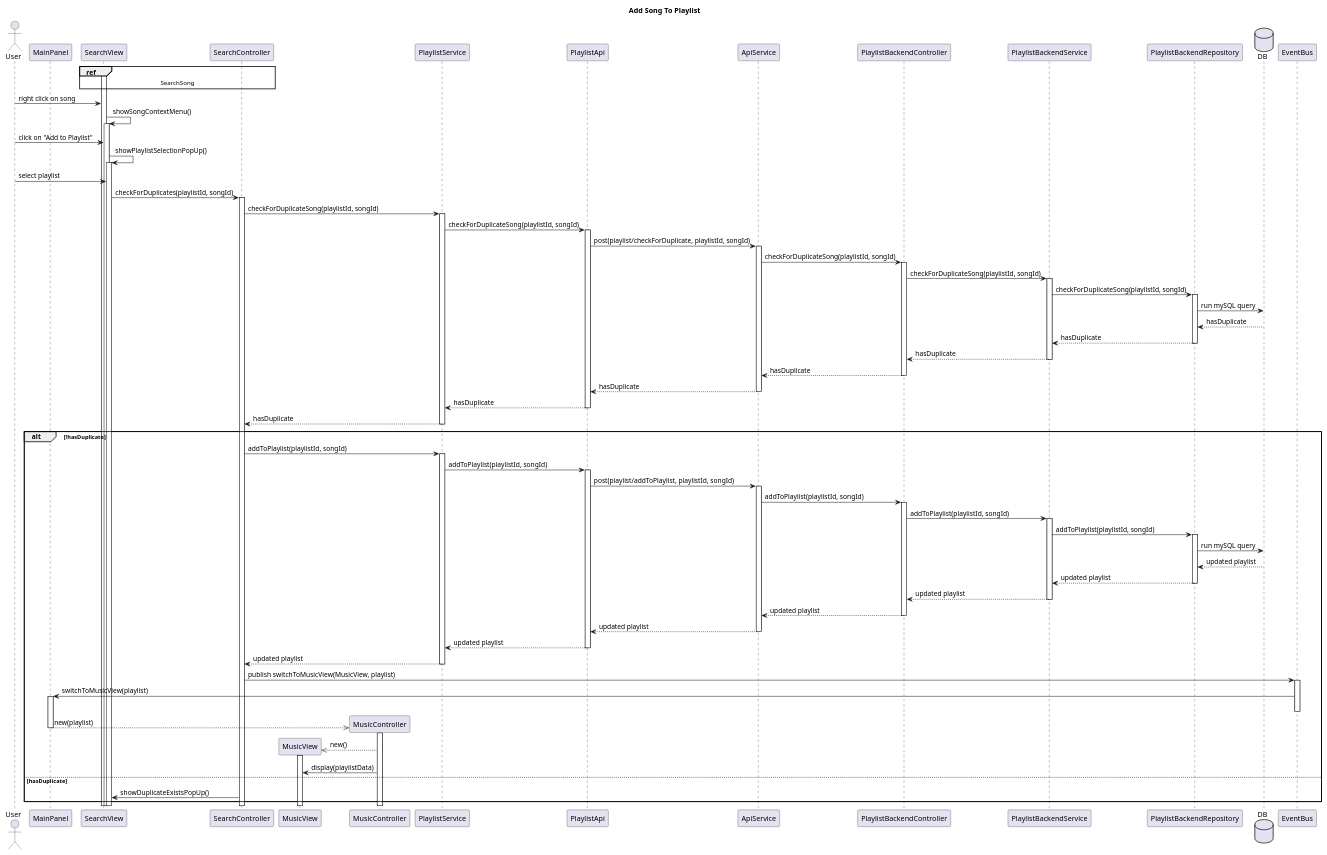
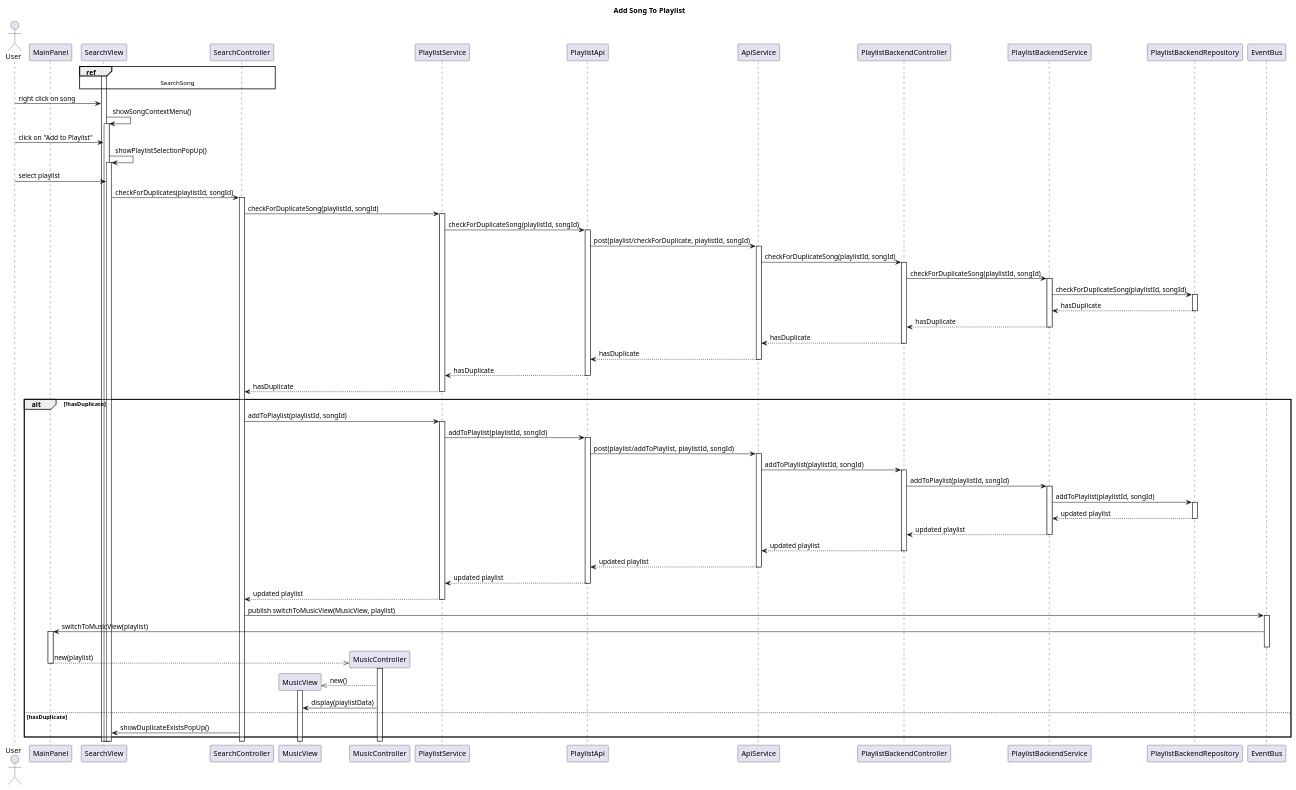
Before and after one commit to RubenKingCP/Tunix: the diagram in Paradoteo_4/SequenceDiagrams-v0.3/AddSongToPlaylist.puml, drawn with PlantUML. The commit also changed 39 other files, not shown here.

Commit message:
Updates to Sequence Diagrams-v0.3

```diff
--- a/Paradoteo_4/SequenceDiagrams-v0.3/AddSongToPlaylist.puml
+++ b/Paradoteo_4/SequenceDiagrams-v0.3/AddSongToPlaylist.puml
@@ -1,109 +1,104 @@
 @startuml AddSongToPlaylist
 
 title Add Song To Playlist
 
 actor User
 
 participant MainPanel
 participant SearchView
 participant SearchController
 participant MusicView
 participant MusicController
 participant PlaylistService
 participant PlaylistApi
 participant ApiService
 participant PlaylistBackendController
 participant PlaylistBackendService
 participant PlaylistBackendRepository
 
-database DB
 
 participant EventBus
 
 ref over SearchView, SearchController
 SearchSong
 end ref
 activate SearchView
 User -> SearchView : right click on song
 SearchView -> SearchView : showSongContextMenu()
 activate SearchView
 User -> SearchView : click on "Add to Playlist"
 SearchView -> SearchView : showPlaylistSelectionPopUp()
 activate SearchView
 User -> SearchView : select playlist
 SearchView -> SearchController : checkForDuplicates(playlistId, songId)
 activate SearchController
 SearchController -> PlaylistService : checkForDuplicateSong(playlistId, songId)
 activate PlaylistService
 PlaylistService -> PlaylistApi : checkForDuplicateSong(playlistId, songId)
 activate PlaylistApi
 PlaylistApi -> ApiService : post(playlist/checkForDuplicate, playlistId, songId)
 'will need to find an alternative to send both ids with one argument
 activate ApiService
 ApiService -> PlaylistBackendController : checkForDuplicateSong(playlistId, songId)
 activate PlaylistBackendController
 PlaylistBackendController -> PlaylistBackendService : checkForDuplicateSong(playlistId, songId)
 activate PlaylistBackendService
 PlaylistBackendService -> PlaylistBackendRepository : checkForDuplicateSong(playlistId, songId)
 activate PlaylistBackendRepository
-PlaylistBackendRepository -> DB : run mySQL query
-DB --> PlaylistBackendRepository : hasDuplicate
 PlaylistBackendRepository --> PlaylistBackendService : hasDuplicate
 deactivate PlaylistBackendRepository
 PlaylistBackendService --> PlaylistBackendController : hasDuplicate
 deactivate PlaylistBackendService
 PlaylistBackendController --> ApiService : hasDuplicate
 deactivate PlaylistBackendController
 ApiService --> PlaylistApi : hasDuplicate
 deactivate ApiService
 PlaylistApi --> PlaylistService : hasDuplicate
 deactivate PlaylistApi
 PlaylistService --> SearchController : hasDuplicate
 deactivate PlaylistService
 alt !hasDuplicate
 SearchController -> PlaylistService : addToPlaylist(playlistId, songId)
 activate PlaylistService
 PlaylistService -> PlaylistApi : addToPlaylist(playlistId, songId)
 activate PlaylistApi
 PlaylistApi -> ApiService : post(playlist/addToPlaylist, playlistId, songId)
 'will need to find an alternative to send both ids with one argument
 activate ApiService
 ApiService -> PlaylistBackendController : addToPlaylist(playlistId, songId)
 activate PlaylistBackendController
 PlaylistBackendController -> PlaylistBackendService : addToPlaylist(playlistId, songId)
 activate PlaylistBackendService
 PlaylistBackendService -> PlaylistBackendRepository : addToPlaylist(playlistId, songId)
 activate PlaylistBackendRepository
-PlaylistBackendRepository -> DB : run mySQL query
-DB --> PlaylistBackendRepository : updated playlist
 PlaylistBackendRepository --> PlaylistBackendService : updated playlist
 deactivate PlaylistBackendRepository
 PlaylistBackendService --> PlaylistBackendController : updated playlist
 deactivate PlaylistBackendService
 PlaylistBackendController --> ApiService : updated playlist
 deactivate PlaylistBackendController
 ApiService --> PlaylistApi : updated playlist
 deactivate ApiService
 PlaylistApi --> PlaylistService : updated playlist
 deactivate PlaylistApi
 PlaylistService --> SearchController : updated playlist
 deactivate PlaylistService
 SearchController -> EventBus : publish switchToMusicView(MusicView, playlist)
 activate EventBus
 EventBus -> MainPanel : switchToMusicView(playlist)
 activate MainPanel
 deactivate EventBus
 create MusicController
 MainPanel -->> MusicController : new(playlist)
 activate MusicController
 deactivate MainPanel
 create MusicView
 MusicController -->> MusicView : new()
 activate MusicView
 MusicController -> MusicView : display(playlistData)
 
 else hasDuplicate
 SearchController -> SearchView : showDuplicateExistsPopUp()
 end
 
 @enduml
```
